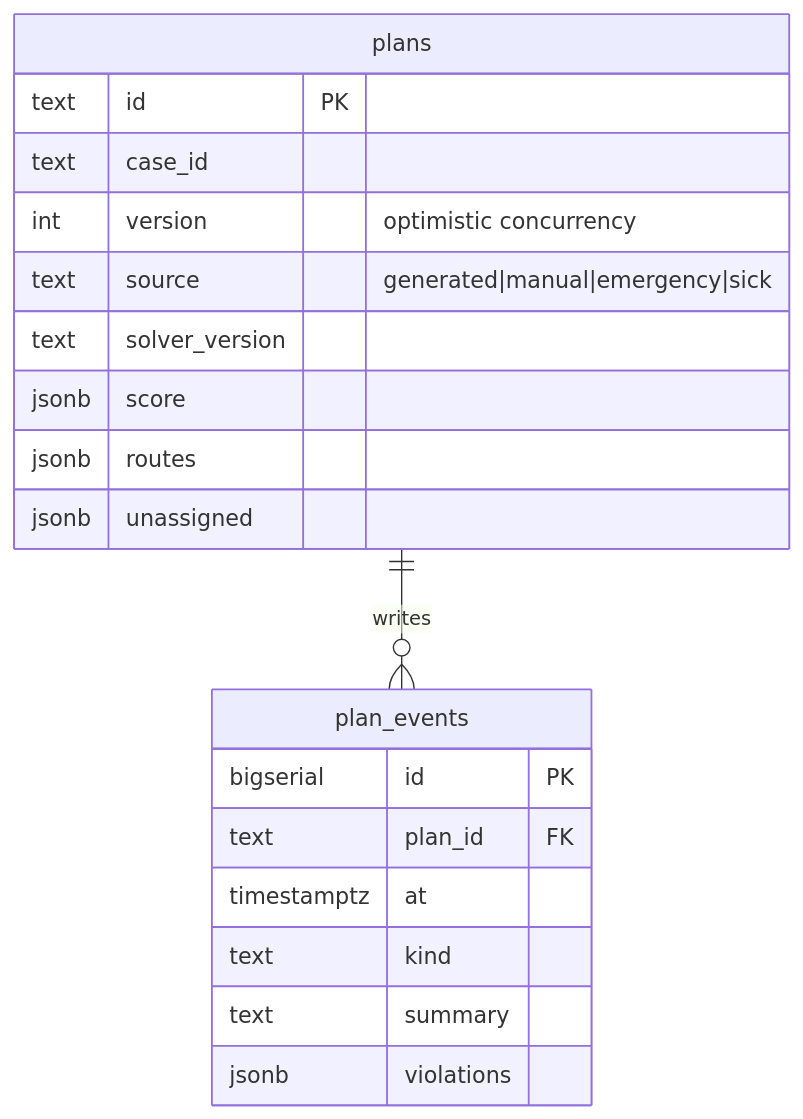
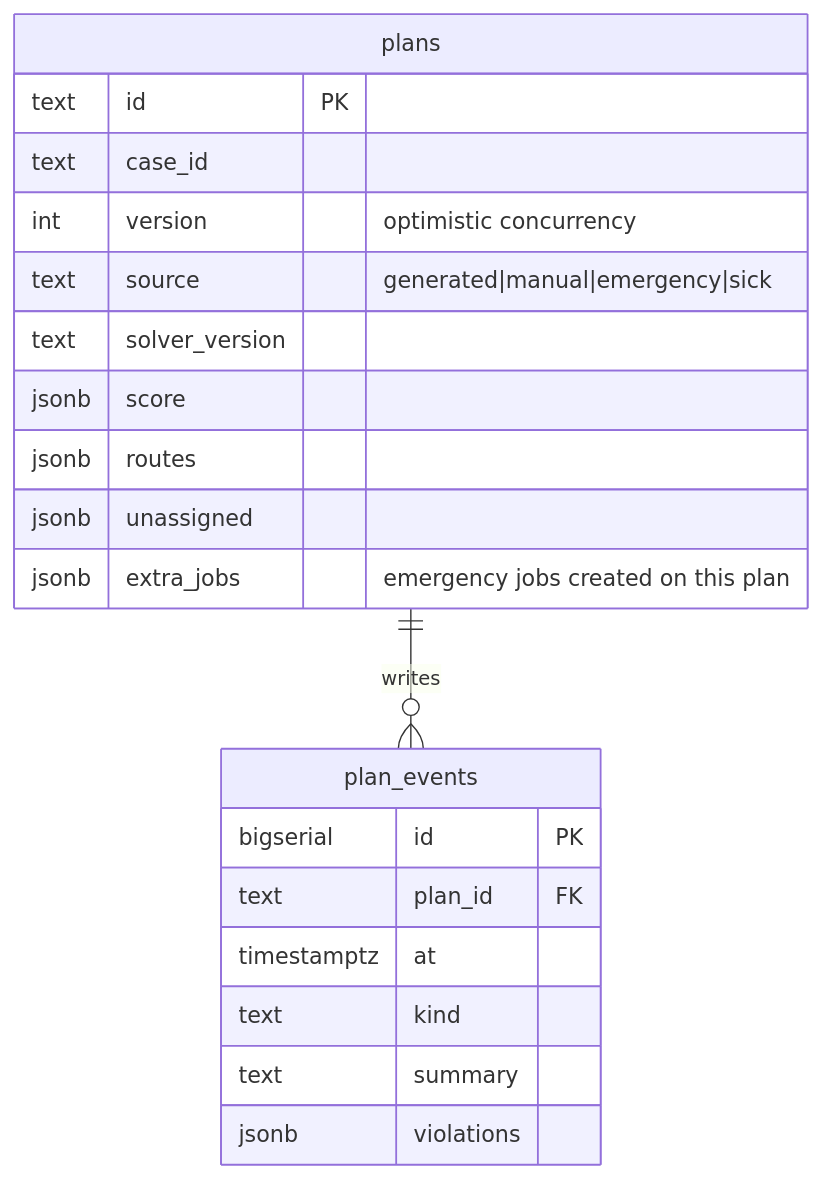
One commit to mdkamrulislamdev/lsh26-t044-p11 changed the sixth of 7 diagrams in ARCHITECTURE.md. Above: the diagram before and after it, drawn with Mermaid. The commit also changed other lines of this file and 2 other files, not shown here.

````diff
--- a/ARCHITECTURE.md
+++ b/ARCHITECTURE.md
@@ -154,22 +156,23 @@
 ```mermaid
 erDiagram
     plans ||--o{ plan_events : "writes"
     plans {
         text id PK
         text case_id
         int version "optimistic concurrency"
         text source "generated|manual|emergency|sick"
         text solver_version
         jsonb score
         jsonb routes
         jsonb unassigned
+        jsonb extra_jobs "emergency jobs created on this plan"
     }
     plan_events {
         bigserial id PK
         text plan_id FK
         timestamptz at
         text kind
         text summary
         jsonb violations
     }
 ```
````
